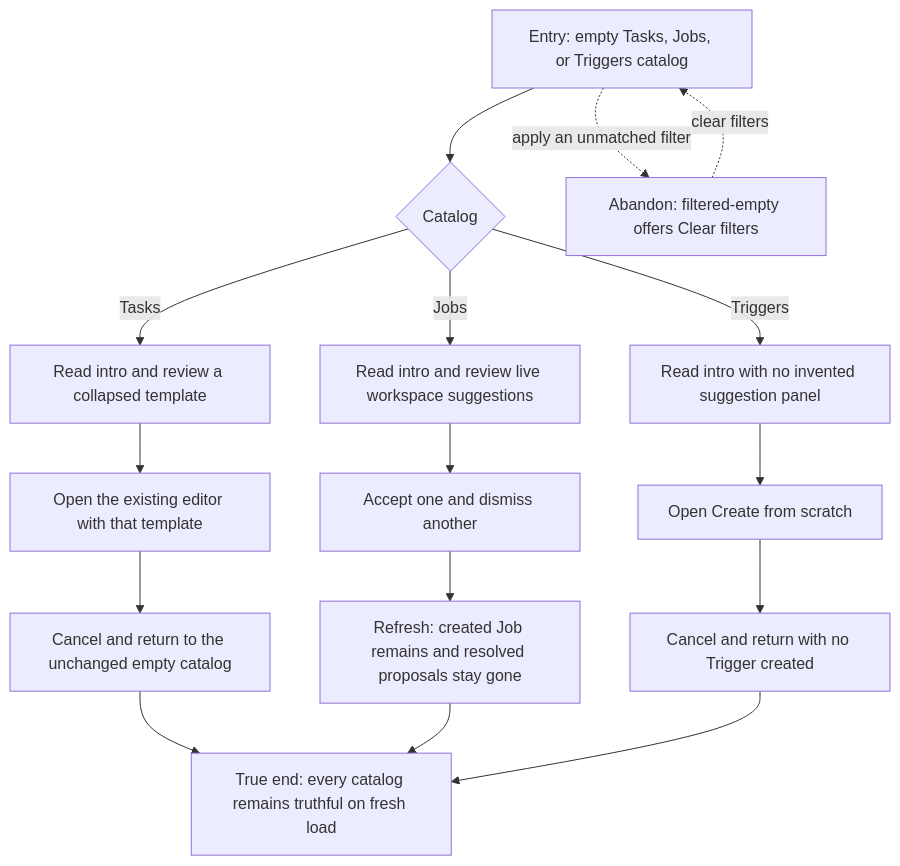
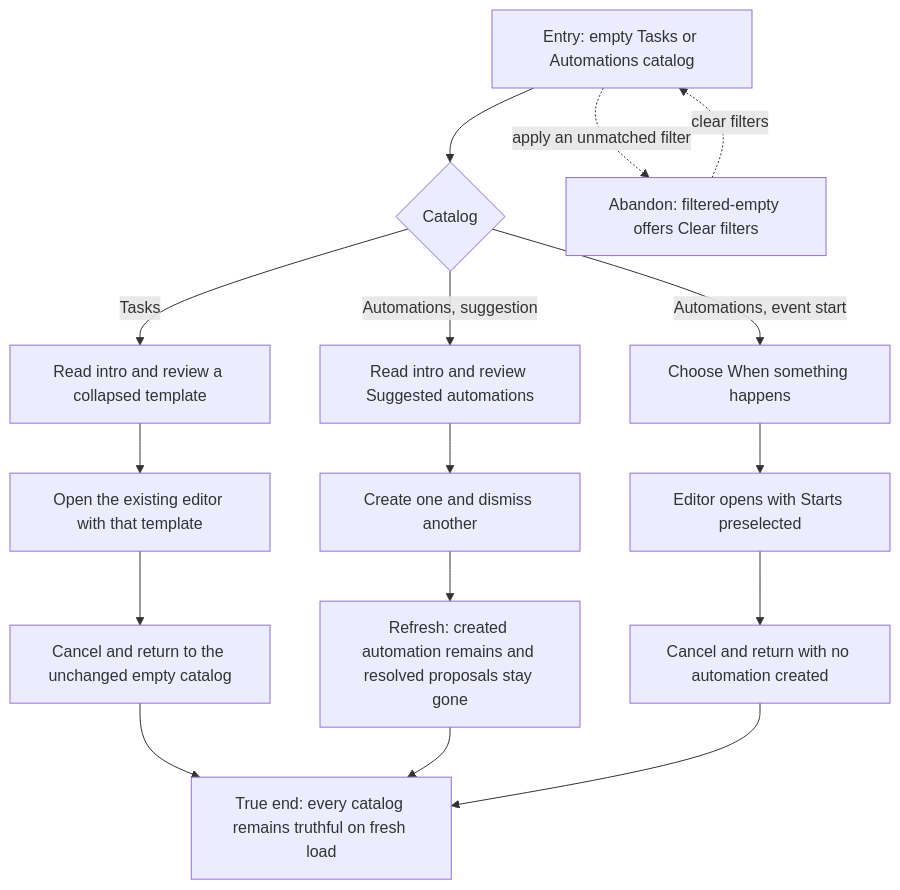
One commit to compozy/compozy changed the diagram in docs/qa/journeys/J-start-from-empty-catalogs.md. Above: the diagram before and after it, drawn with Mermaid. The commit also changed other lines of this file and 474 other files, not shown here.

First line of the commit message:
feat: merge Jobs and Triggers into one Automations area (#709)

````diff
--- a/docs/qa/journeys/J-start-from-empty-catalogs.md
+++ b/docs/qa/journeys/J-start-from-empty-catalogs.md
@@ -6,18 +7,18 @@
 ```mermaid
 flowchart TD
-    E[Entry: empty Tasks, Jobs, or Triggers catalog] --> K{Catalog}
+    E[Entry: empty Tasks or Automations catalog] --> K{Catalog}
     K -->|Tasks| T[Read intro and review a collapsed template]
     T --> TE[Open the existing editor with that template]
     TE --> TC[Cancel and return to the unchanged empty catalog]
-    K -->|Jobs| J[Read intro and review live workspace suggestions]
-    J --> JA[Accept one and dismiss another]
-    JA --> JR[Refresh: created Job remains and resolved proposals stay gone]
-    K -->|Triggers| G[Read intro with no invented suggestion panel]
-    G --> GE[Open Create from scratch]
-    GE --> GC[Cancel and return with no Trigger created]
+    K -->|Automations, suggestion| J[Read intro and review Suggested automations]
+    J --> JA[Create one and dismiss another]
+    JA --> JR[Refresh: created automation remains and resolved proposals stay gone]
+    K -->|Automations, event start| G[Choose When something happens]
+    G --> GE[Editor opens with Starts preselected]
+    GE --> GC[Cancel and return with no automation created]
     TC --> Z[True end: every catalog remains truthful on fresh load]
     JR --> Z
     GC --> Z
     E -.->|apply an unmatched filter| F[Abandon: filtered-empty offers Clear filters]
     F -.->|clear filters| E
 ```
````
